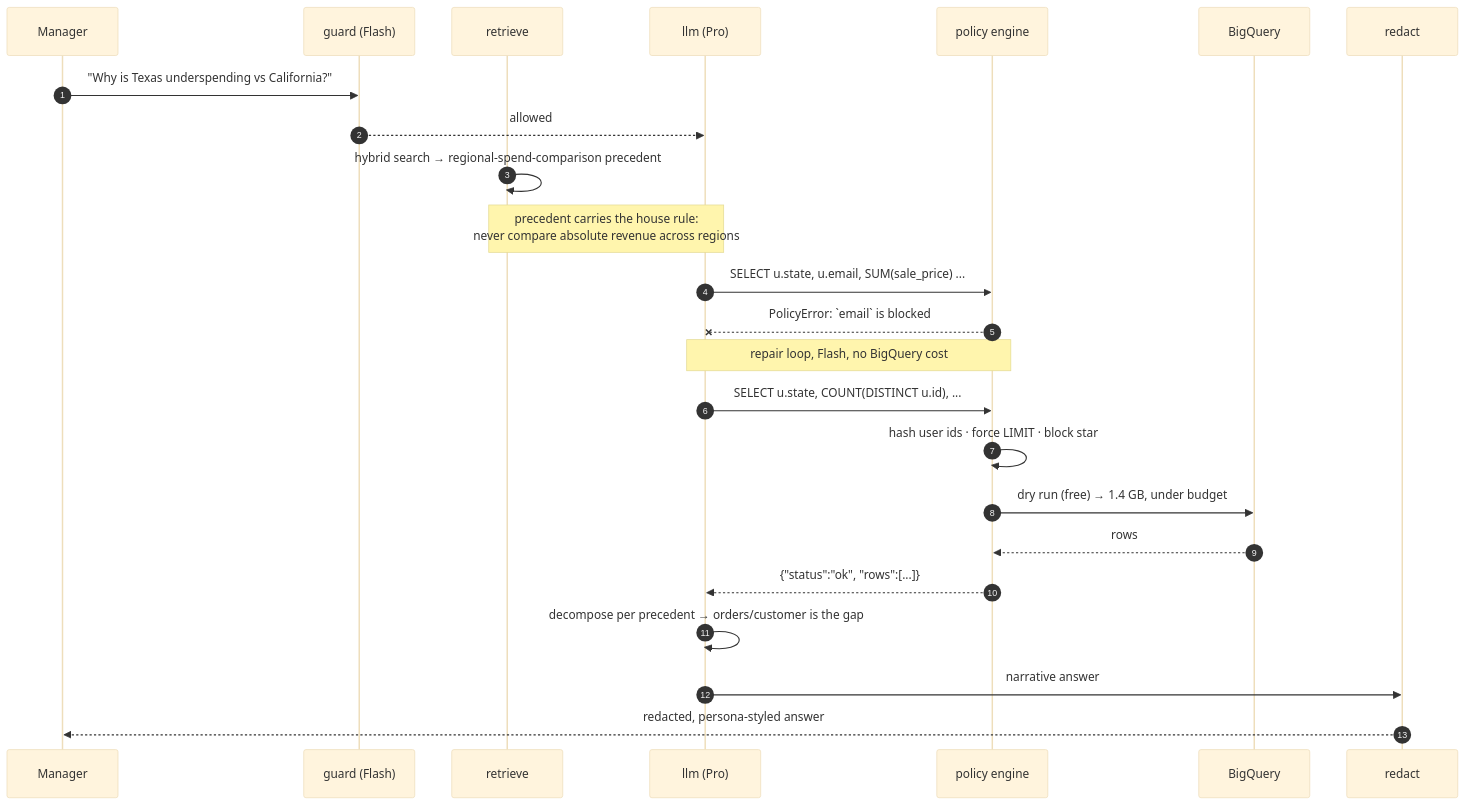
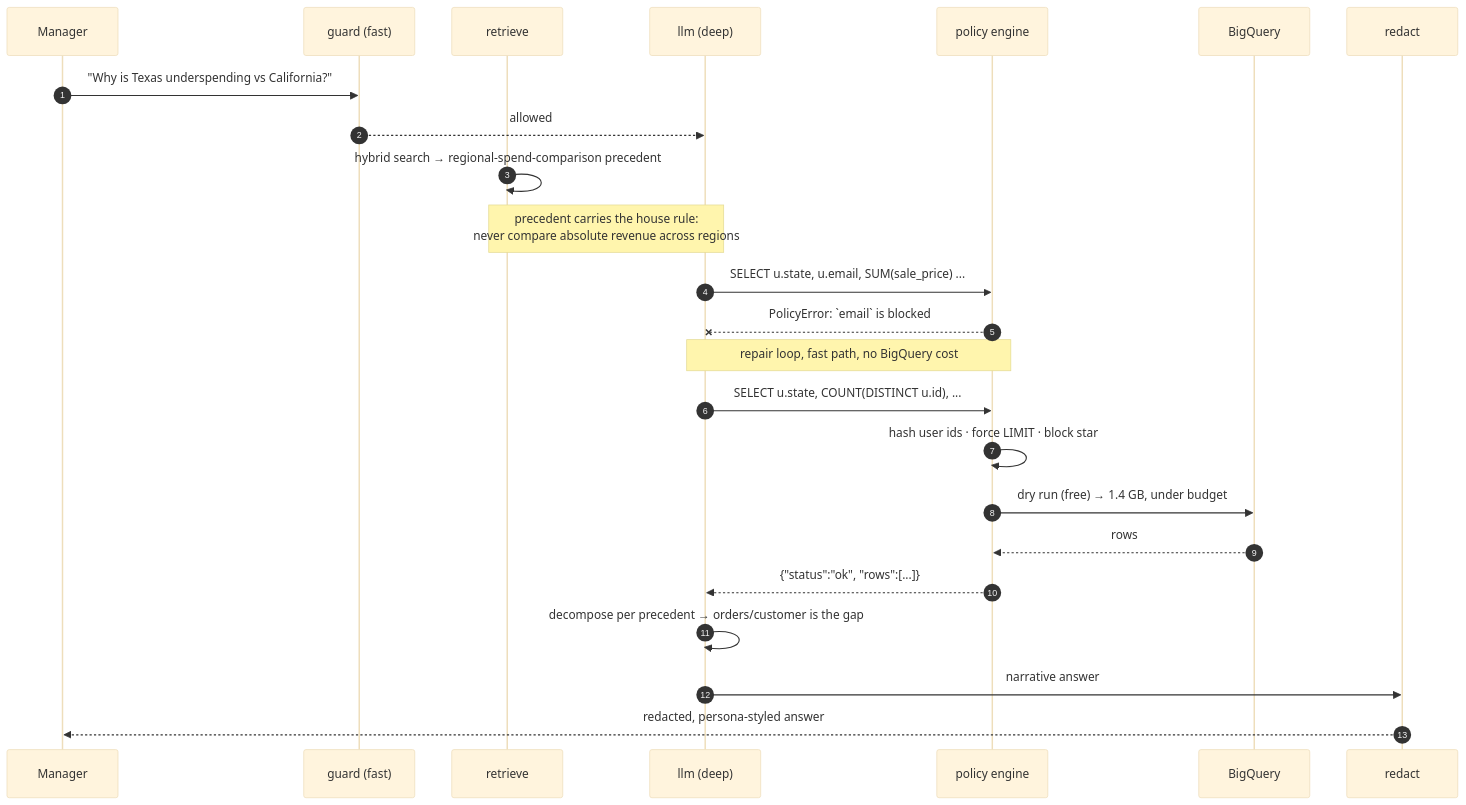
Before and after one commit to vlewv11/opsfleet: the third of 4 diagrams in docs/architecture.md, drawn with Mermaid (base theme). The commit also changed other lines of this file and 11 other files, not shown here.

````diff
--- a/docs/architecture.md
+++ b/docs/architecture.md
@@ -113,27 +113,27 @@
 ```mermaid
 sequenceDiagram
     autonumber
     participant U as Manager
-    participant G as guard (Flash)
+    participant G as guard (fast)
     participant R as retrieve
-    participant L as llm (Pro)
+    participant L as llm (deep)
     participant P as policy engine
     participant BQ as BigQuery
     participant X as redact
 
     U->>G: "Why is Texas underspending vs California?"
     G-->>L: allowed
     R->>R: hybrid search → regional-spend-comparison precedent
     Note over R,L: precedent carries the house rule:<br/>never compare absolute revenue across regions
     L->>P: SELECT u.state, u.email, SUM(sale_price) ...
     P--xL: PolicyError: `email` is blocked
-    Note over P,L: repair loop, Flash, no BigQuery cost
+    Note over P,L: repair loop, fast path, no BigQuery cost
     L->>P: SELECT u.state, COUNT(DISTINCT u.id), ...
     P->>P: hash user ids · force LIMIT · block star
     P->>BQ: dry run (free) → 1.4 GB, under budget
     BQ-->>P: rows
     P-->>L: {"status":"ok", "rows":[...]}
     L->>L: decompose per precedent → orders/customer is the gap
     L->>X: narrative answer
     X-->>U: redacted, persona-styled answer
 ```
````
